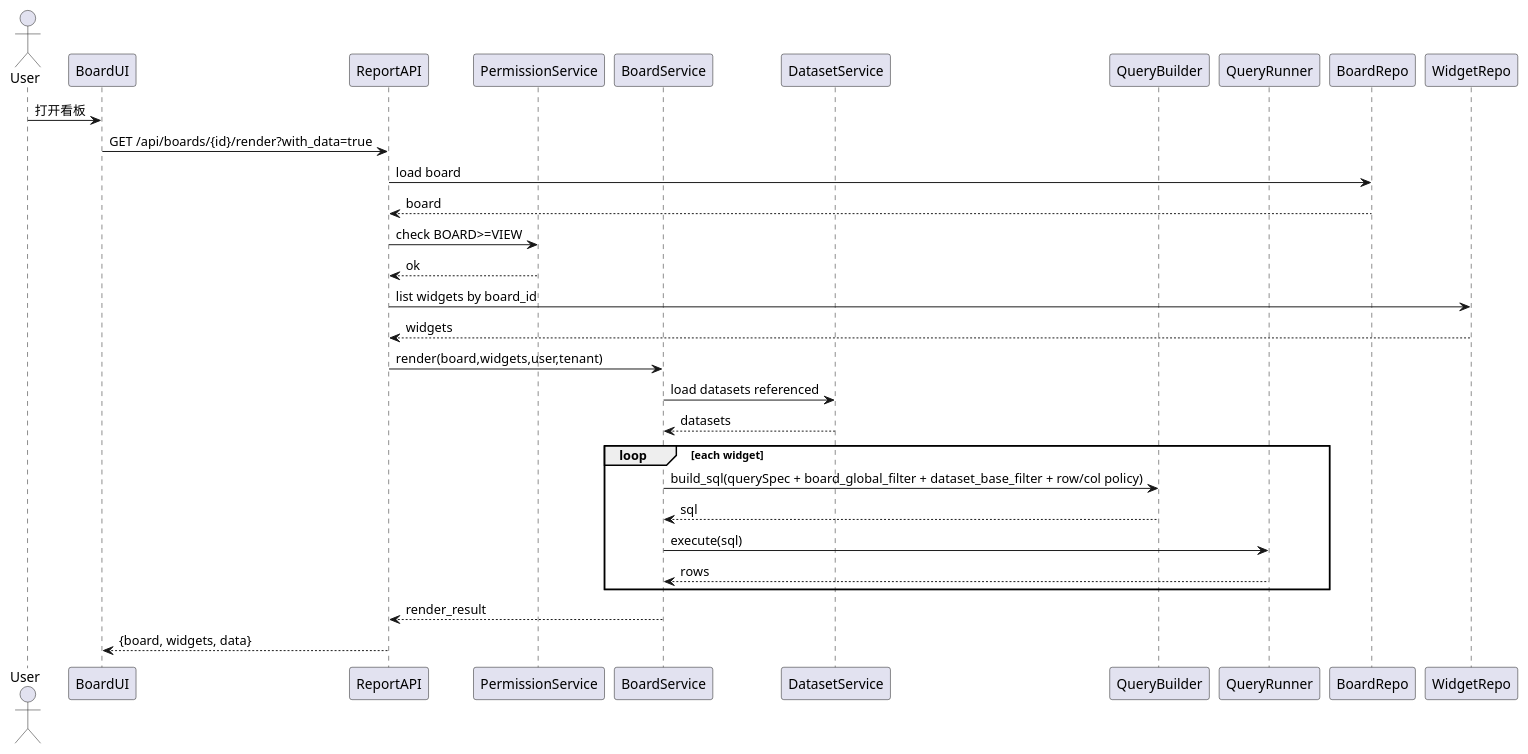
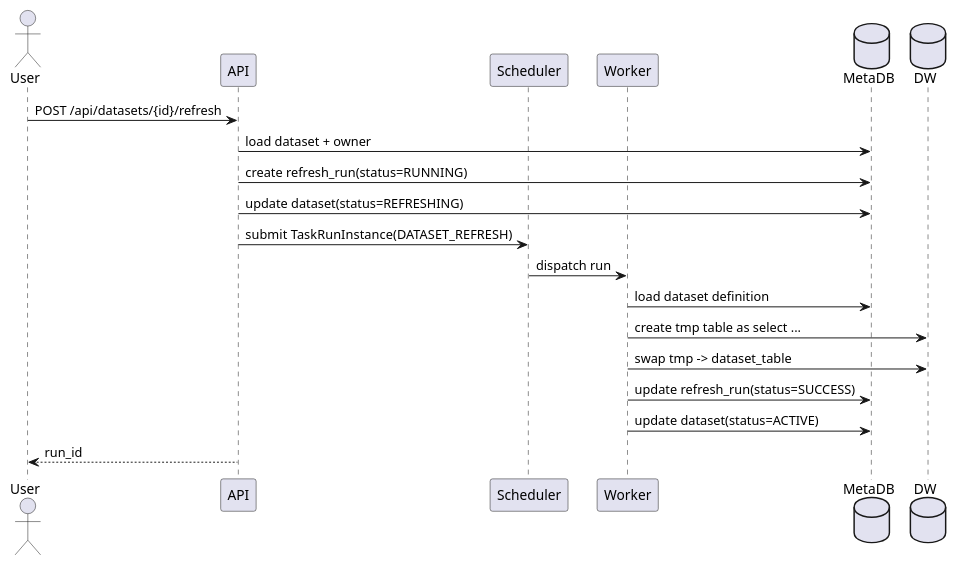
Before and after one commit to FangZiyong/grass: diagram 25 of 29 in docs/tech.md, drawn with PlantUML. The commit also changed other lines of this file and 2 other files, not shown here.

````diff
--- a/docs/tech.md
+++ b/docs/tech.md
@@ -5280,35 +5761,25 @@
 ```plantuml
 @startuml
 actor User
-participant "BoardUI" as UI
-participant "ReportAPI" as API
-participant "PermissionService" as PS
-participant "BoardService" as BS
-participant "DatasetService" as DS
-participant "QueryBuilder" as QB
-participant "QueryRunner" as QR
-participant "BoardRepo" as BR
-participant "WidgetRepo" as WR
+participant "API" as API
+participant "Scheduler" as SCH
+participant "Worker" as WK
+database "MetaDB" as MDB
+database "DW" as DW
 
-User -> UI : 打开看板
-UI -> API : GET /api/boards/{id}/render?with_data=true
-API -> BR : load board
-BR --> API : board
-API -> PS : check BOARD>=VIEW
-PS --> API : ok
-API -> WR : list widgets by board_id
-WR --> API : widgets
+User -> API: POST /api/datasets/{id}/refresh
+API -> MDB: load dataset + owner
+API -> MDB: create refresh_run(status=RUNNING)
+API -> MDB: update dataset(status=REFRESHING)
 
-API -> BS : render(board,widgets,user,tenant)
-BS -> DS : load datasets referenced
-DS --> BS : datasets
-loop each widget
-  BS -> QB : build_sql(querySpec + board_global_filter + dataset_base_filter + row/col policy)
-  QB --> BS : sql
-  BS -> QR : execute(sql)
-  QR --> BS : rows
-end
-BS --> API : render_result
-API --> UI : {board, widgets, data}
+API -> SCH: submit TaskRunInstance(DATASET_REFRESH)
+SCH -> WK: dispatch run
+WK -> MDB: load dataset definition
+WK -> DW: create tmp table as select ...
+WK -> DW: swap tmp -> dataset_table
+WK -> MDB: update refresh_run(status=SUCCESS)
+WK -> MDB: update dataset(status=ACTIVE)
+
+API --> User: run_id
 @enduml
 ```
````
